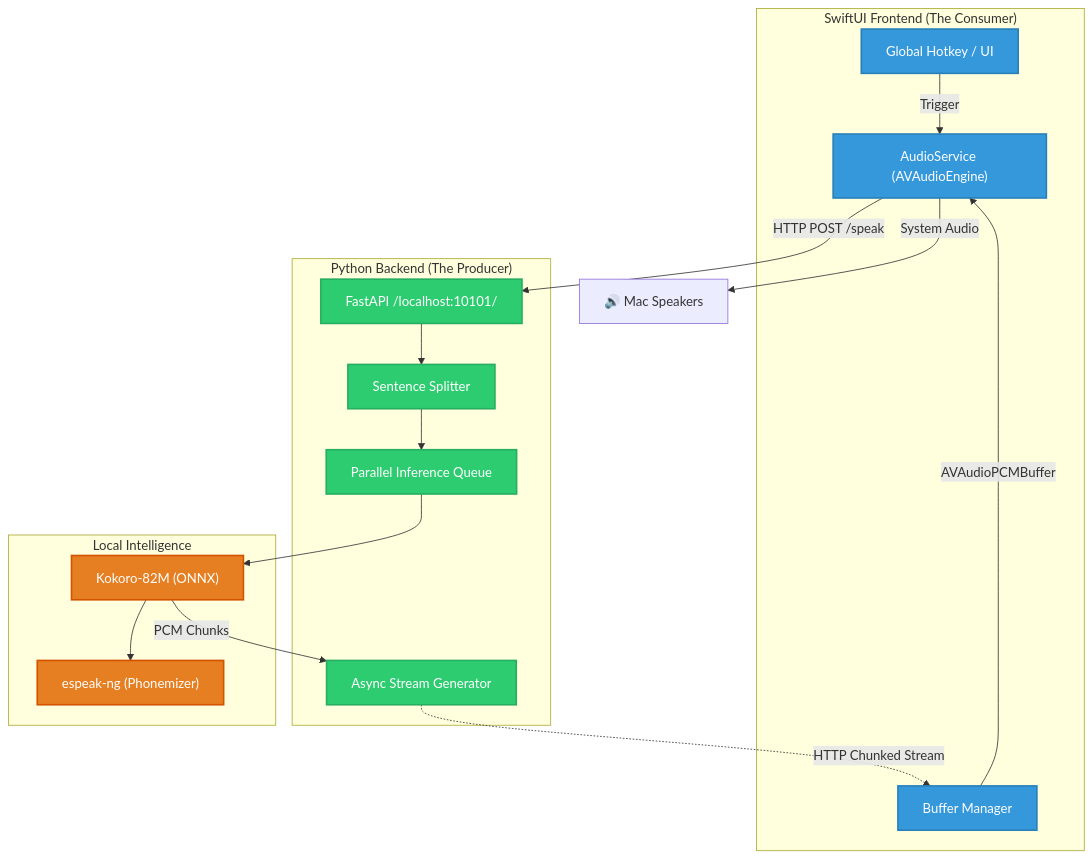
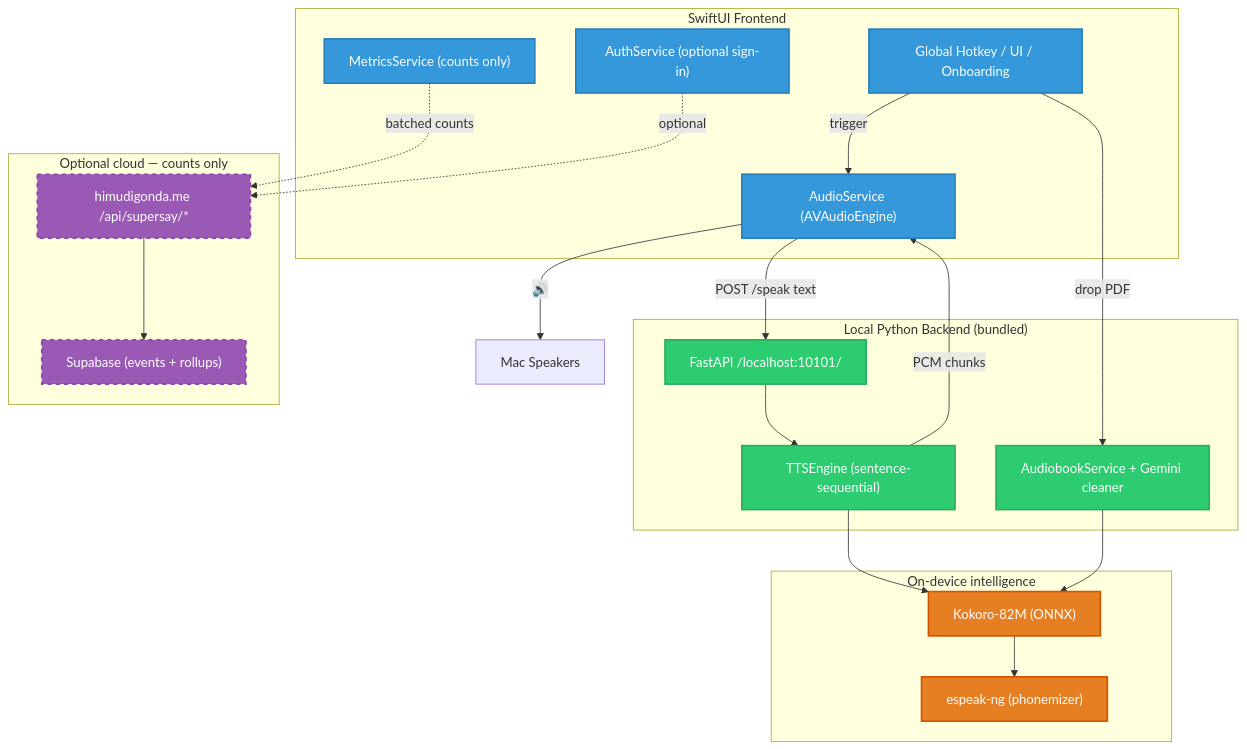
One commit to himudigonda/SuperSay changed the diagram in README.md. Above: the diagram before and after it, drawn with Mermaid. The commit also changed other lines of this file and 7 other files, not shown here.

````diff
--- a/README.md
+++ b/README.md
@@ -70,44 +81,41 @@
 ```mermaid
 graph TD
-    %% Define Styles
     classDef frontend fill:#3498db,stroke:#2980b9,color:#fff,stroke-width:2px;
     classDef backend fill:#2ecc71,stroke:#27ae60,color:#fff,stroke-width:2px;
     classDef model fill:#e67e22,stroke:#d35400,color:#fff,stroke-width:2px;
-    classDef stream fill:#9b59b6,stroke:#8e44ad,color:#fff,stroke-width:2px,stroke-dasharray: 5 5;
+    classDef cloud fill:#9b59b6,stroke:#8e44ad,color:#fff,stroke-width:2px,stroke-dasharray: 5 5;
 
-    %% Components
-    subgraph macOS_App ["SwiftUI Frontend (The Consumer)"]
-        UI["Global Hotkey / UI"]:::frontend
+    subgraph macOS_App ["SwiftUI Frontend"]
+        UI["Global Hotkey / UI / Onboarding"]:::frontend
         AS["AudioService (AVAudioEngine)"]:::frontend
-        BM["Buffer Manager"]:::frontend
+        MS["MetricsService (counts only)"]:::frontend
+        Auth["AuthService (optional sign-in)"]:::frontend
     end
 
-    subgraph Inference_Engine ["Python Backend (The Producer)"]
+    subgraph Inference_Engine ["Local Python Backend (bundled)"]
         API["FastAPI /localhost:10101/"]:::backend
-        SS["Sentence Splitter"]:::backend
-        PI["Parallel Inference Queue"]:::backend
-        ST["Async Stream Generator"]:::backend
+        TTSEng["TTSEngine (sentence-sequential)"]:::backend
+        BookSvc["AudiobookService + Gemini cleaner"]:::backend
     end
 
-    subgraph Core ["Local Intelligence"]
+    subgraph Core ["On-device intelligence"]
         ONNX["Kokoro-82M (ONNX)"]:::model
-        EP["espeak-ng (Phonemizer)"]:::model
+        EP["espeak-ng (phonemizer)"]:::model
     end
 
-    %% Connections
-    UI -->|Trigger| AS
-    AS -->|HTTP POST /speak| API
-    API --> SS
-    SS --> PI
-    PI --> ONNX
-    ONNX --> EP
-    ONNX -->|PCM Chunks| ST
-    ST -.->|HTTP Chunked Stream| BM
-    BM -->|AVAudioPCMBuffer| AS
-    AS -->|System Audio| Speakers["🔊 Mac Speakers"]
+    subgraph Cloud ["Optional cloud — counts only"]
+        HM["himudigonda.me /api/supersay/*"]:::cloud
+        SB["Supabase (events + rollups)"]:::cloud
+    end
 
-    %% Class Assigning
-    class UI,AS,BM frontend
-    class API,SS,PI,ST backend
-    class ONNX,EP model
+    UI -->|trigger| AS
+    AS -->|POST /speak text| API
+    API --> TTSEng --> ONNX --> EP
+    TTSEng -->|PCM chunks| AS
+    UI -->|drop PDF| BookSvc
+    BookSvc --> ONNX
+    AS -->|🔊| Speakers["Mac Speakers"]
+    MS -.->|batched counts| HM
+    Auth -.->|optional| HM
+    HM --> SB
 ```
````
